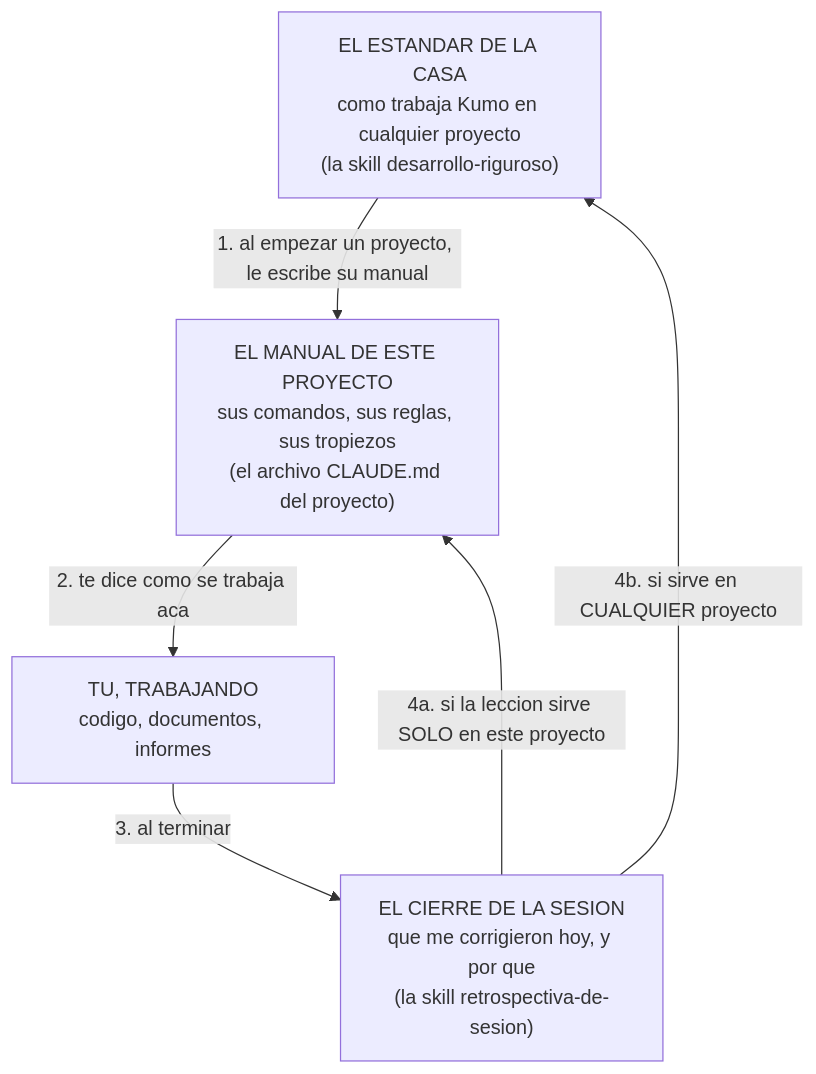
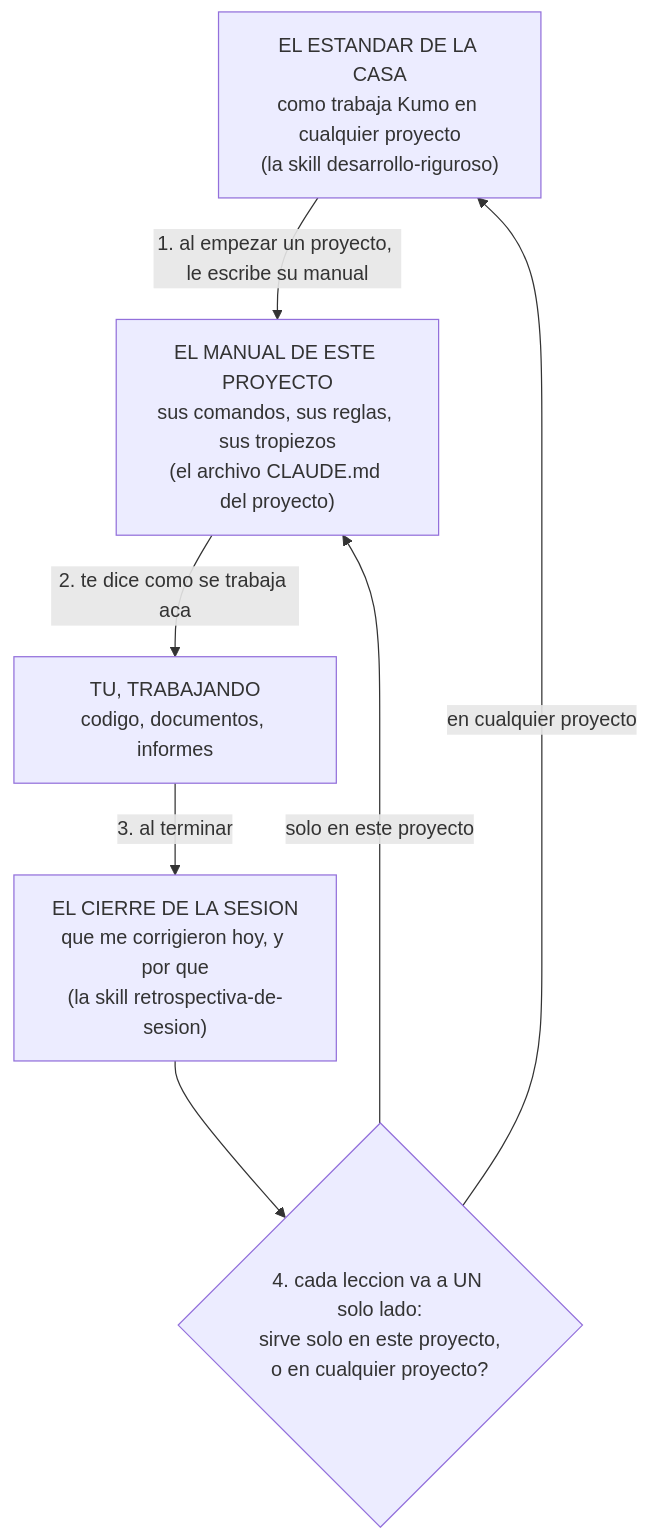
One commit to JoaquinMulet/kumo-skills changed the first of 3 diagrams in README.md. Above: the diagram before and after it, drawn with Mermaid. The commit also changed other lines of this file and 1 other file, not shown here.

````diff
--- a/README.md
+++ b/README.md
@@ -39,13 +39,16 @@
 ```mermaid
 flowchart TD
   EST["EL ESTANDAR DE LA CASA<br/>como trabaja Kumo en cualquier proyecto<br/>(la skill desarrollo-riguroso)"]
   MAN["EL MANUAL DE ESTE PROYECTO<br/>sus comandos, sus reglas, sus tropiezos<br/>(el archivo CLAUDE.md del proyecto)"]
   TRA["TU, TRABAJANDO<br/>codigo, documentos, informes"]
   RET["EL CIERRE DE LA SESION<br/>que me corrigieron hoy, y por que<br/>(la skill retrospectiva-de-sesion)"]
 
+  DEC{"4. cada leccion va a UN solo lado:<br/>sirve solo en este proyecto,<br/>o en cualquier proyecto?"}
+
   EST -->|"1. al empezar un proyecto, le escribe su manual"| MAN
   MAN -->|"2. te dice como se trabaja aca"| TRA
   TRA -->|"3. al terminar"| RET
-  RET -->|"4a. si la leccion sirve SOLO en este proyecto"| MAN
-  RET -->|"4b. si sirve en CUALQUIER proyecto"| EST
+  RET --> DEC
+  DEC -->|"solo en este proyecto"| MAN
+  DEC -->|"en cualquier proyecto"| EST
 ```
````
